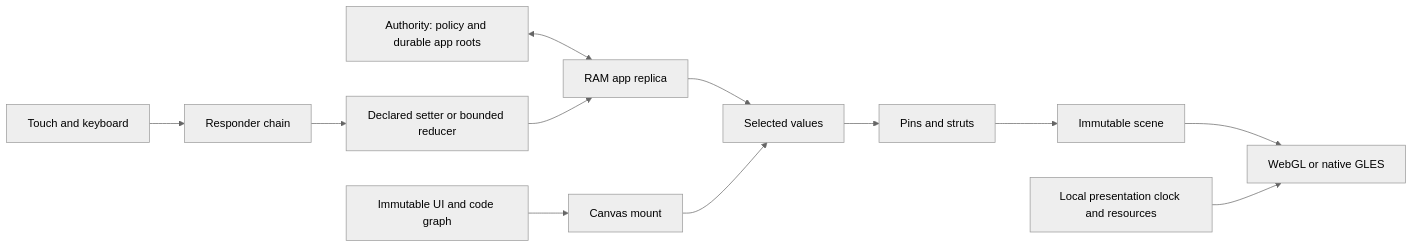
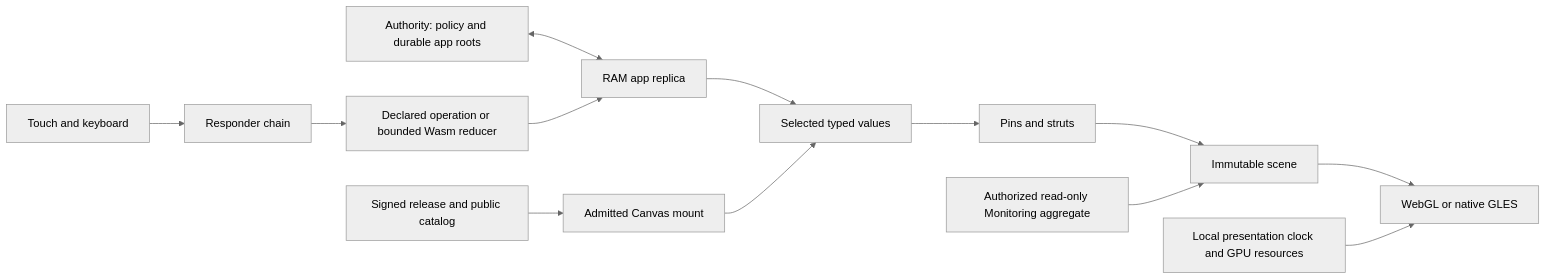
The diagram in docs/MODERN_APP_PATTERN.md (otri/otrios), drawn with Mermaid (neutral theme) before and after one commit. The commit also changed other lines of this file and 6 other files, not shown here.

````diff
--- a/docs/MODERN_APP_PATTERN.md
+++ b/docs/MODERN_APP_PATTERN.md
@@ -34,14 +27,15 @@
 ```mermaid
 flowchart LR
-  UI[Immutable UI and code graph] --> Mount[Canvas mount]
+  Release[Signed release and public catalog] --> Mount[Admitted Canvas mount]
   Authority[Authority: policy and durable app roots] <--> Replica[RAM app replica]
-  Replica --> Select[Selected values]
+  Replica --> Select[Selected typed values]
   Mount --> Select
   Select --> Layout[Pins and struts]
   Layout --> Scene[Immutable scene]
   Scene --> GPU[WebGL or native GLES]
   Input[Touch and keyboard] --> Responders[Responder chain]
-  Responders --> Reducer[Declared setter or bounded reducer]
-  Reducer --> Replica
-  Clock[Local presentation clock and resources] --> GPU
+  Responders --> Commands[Declared operation or bounded Wasm reducer]
+  Commands --> Replica
+  Clock[Local presentation clock and GPU resources] --> GPU
+  Private[Authorized read-only Monitoring aggregate] --> Scene
 ```
````
